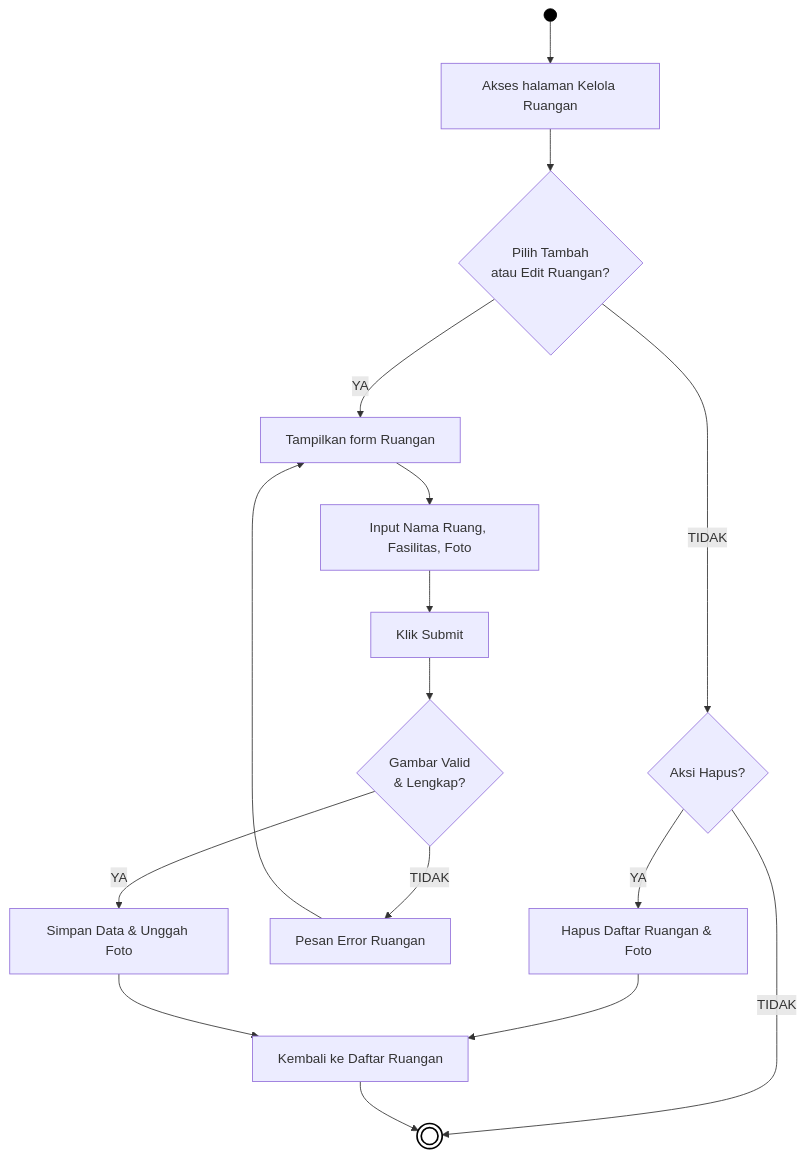
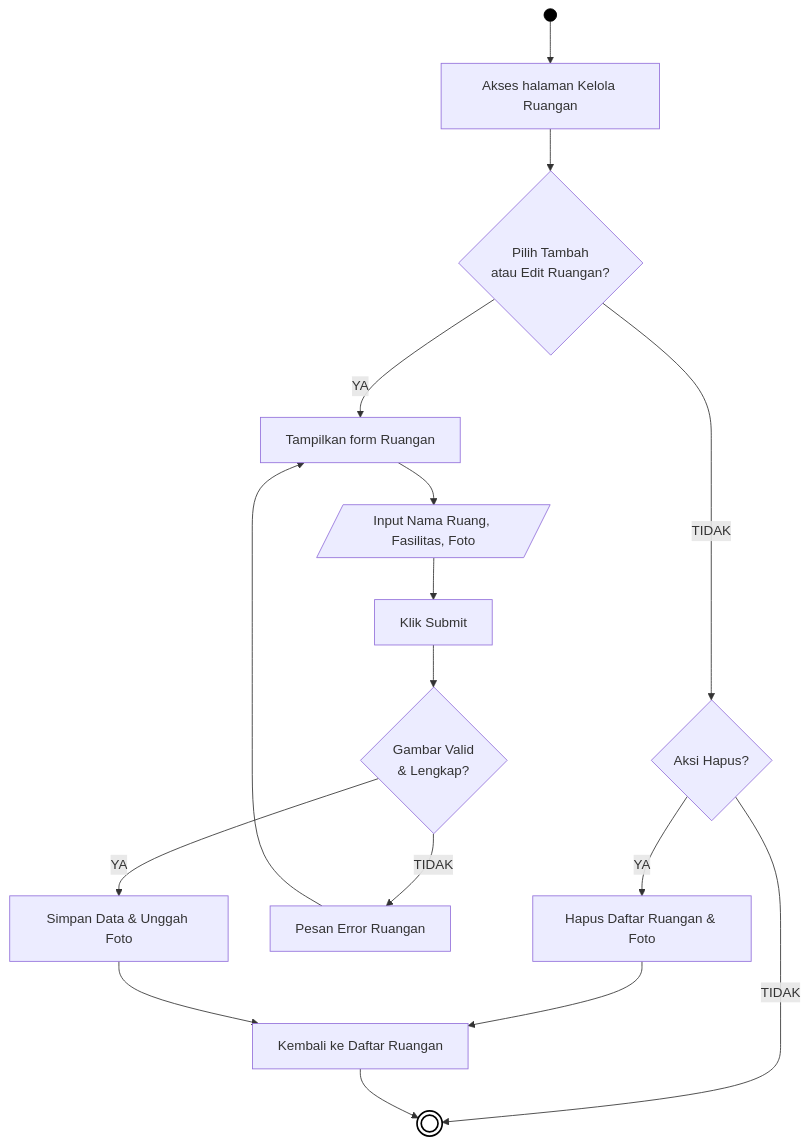
Before and after one commit to arbain-dev/Web_fikom: the ninth of 21 diagrams in docs/01_DIAGRAM_AKTIVITAS.md, drawn with Mermaid. The commit also changed other lines of this file and 2 other files, not shown here.

Commit message:
docs: perbaiki bentuk IO pada flowchart

````diff
--- a/docs/01_DIAGRAM_AKTIVITAS.md
+++ b/docs/01_DIAGRAM_AKTIVITAS.md
@@ -284,26 +284,26 @@
 ```mermaid
 flowchart TD
     Start(( )) --> A[Akses halaman Kelola Ruangan]
     
     A --> B{Pilih Tambah\natau Edit Ruangan?}
     
     B -- TIDAK --> Hapus{Aksi Hapus?}
     Hapus -- YA --> HC[Hapus Daftar Ruangan & Foto]
     Hapus -- TIDAK --> End((( )))
     HC --> I[Kembali ke Daftar Ruangan]
     
     B -- YA --> C[Tampilkan form Ruangan]
-    C --> D[Input Nama Ruang, Fasilitas, Foto]
+    C --> D[/Input Nama Ruang, Fasilitas, Foto/]
     D --> E[Klik Submit]
     
     E --> F{Gambar Valid\n& Lengkap?}
     F -- TIDAK --> G[Pesan Error Ruangan]
     G --> C
     
     F -- YA --> H[Simpan Data & Unggah Foto]
     H --> I
     I --> End
     
     style Start fill:#000,stroke:#000,color:#000
     style End fill:#fff,stroke:#000,stroke-width:2px
 ```
````
